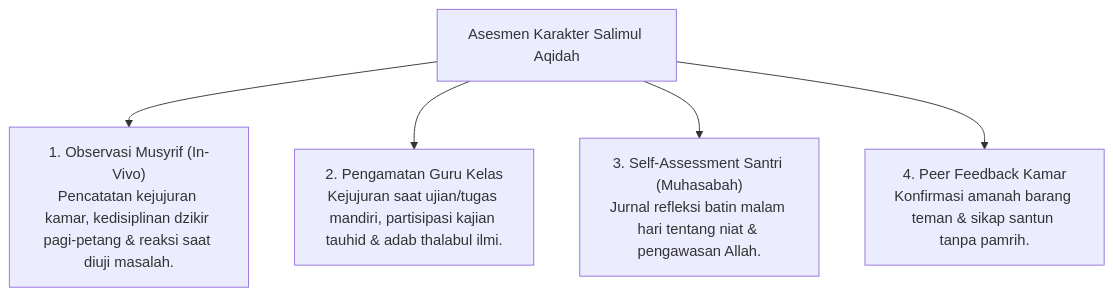
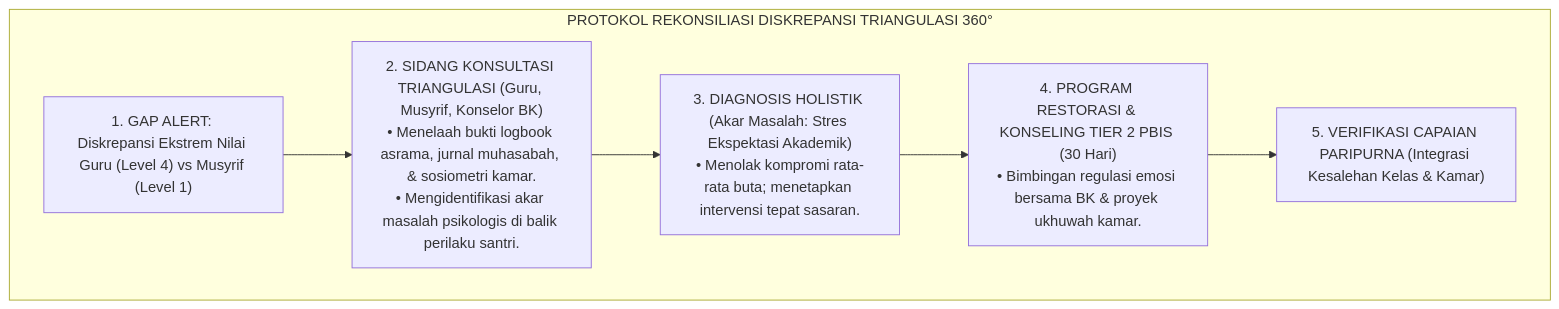
Before and after one commit to wandiapriliyandi/tumbuh: the sixth of 7 diagrams in 03 Capacity Framework/04 Salimul Aqidah/P3-04-09-Pemetaan-Asesmen-dan-Triangulasi.md, drawn with Mermaid. The commit also changed other lines of this file and 7 other files, not shown here.

Commit message:
feat(capacity-framework): complete 14 research monographs and master synthesis for Domain 04 Salimul Aqidah (Status A+)

````diff
--- a/03 Capacity Framework/04 Salimul Aqidah/P3-04-09-Pemetaan-Asesmen-dan-Triangulasi.md
+++ b/03 Capacity Framework/04 Salimul Aqidah/P3-04-09-Pemetaan-Asesmen-dan-Triangulasi.md
@@ -10,9 +238,16 @@
 ```mermaid
-graph TD
-    Aqidah_Assess["Asesmen Karakter Salimul Aqidah"]
-    
-    Aqidah_Assess --> A1["1. Observasi Musyrif (In-Vivo)<br/>Pencatatan kejujuran kamar, kedisiplinan dzikir pagi-petang & reaksi saat diuji masalah."]
-    Aqidah_Assess --> A2["2. Pengamatan Guru Kelas<br/>Kejujuran saat ujian/tugas mandiri, partisipasi kajian tauhid & adab thalabul ilmi."]
-    Aqidah_Assess --> A3["3. Self-Assessment Santri (Muhasabah)<br/>Jurnal refleksi batin malam hari tentang niat & pengawasan Allah."]
-    Aqidah_Assess --> A4["4. Peer Feedback Kamar<br/>Konfirmasi amanah barang teman & sikap santun tanpa pamrih."]
+flowchart TD
+    subgraph AlurRekonsiliasiDiskrepansiTUMBUH["PROTOKOL REKONSILIASI DISKREPANSI TRIANGULASI 360°"]
+        GapData["1. GAP ALERT: Diskrepansi Ekstrem Nilai Guru (Level 4) vs Musyrif (Level 1)"]
+        
+        SidangPleno["2. SIDANG KONSULTASI TRIANGULASI (Guru, Musyrif, Konselor BK)<br/>• Menelaah bukti logbook asrama, jurnal muhasabah, & sosiometri kamar.<br/>• Mengidentifikasi akar masalah psikologis di balik perilaku santri."]
+        
+        DiagnosisKarakter["3. DIAGNOSIS HOLISTIK (Akar Masalah: Stres Ekspektasi Akademik)<br/>• Menolak kompromi rata-rata buta; menetapkan intervensi tepat sasaran."]
+        
+        IntervensiTier2["4. PROGRAM RESTORASI & KONSELING TIER 2 PBIS (30 Hari)<br/>• Bimbingan regulasi emosi bersama BK & proyek ukhuwah kamar."]
+        
+        VerifikasiOtentik["5. VERIFIKASI CAPAIAN PARIPURNA (Integrasi Kesalehan Kelas & Kamar)"]
+        
+        GapData --> SidangPleno --> DiagnosisKarakter --> IntervensiTier2 --> VerifikasiOtentik
+    end
 ```
````
